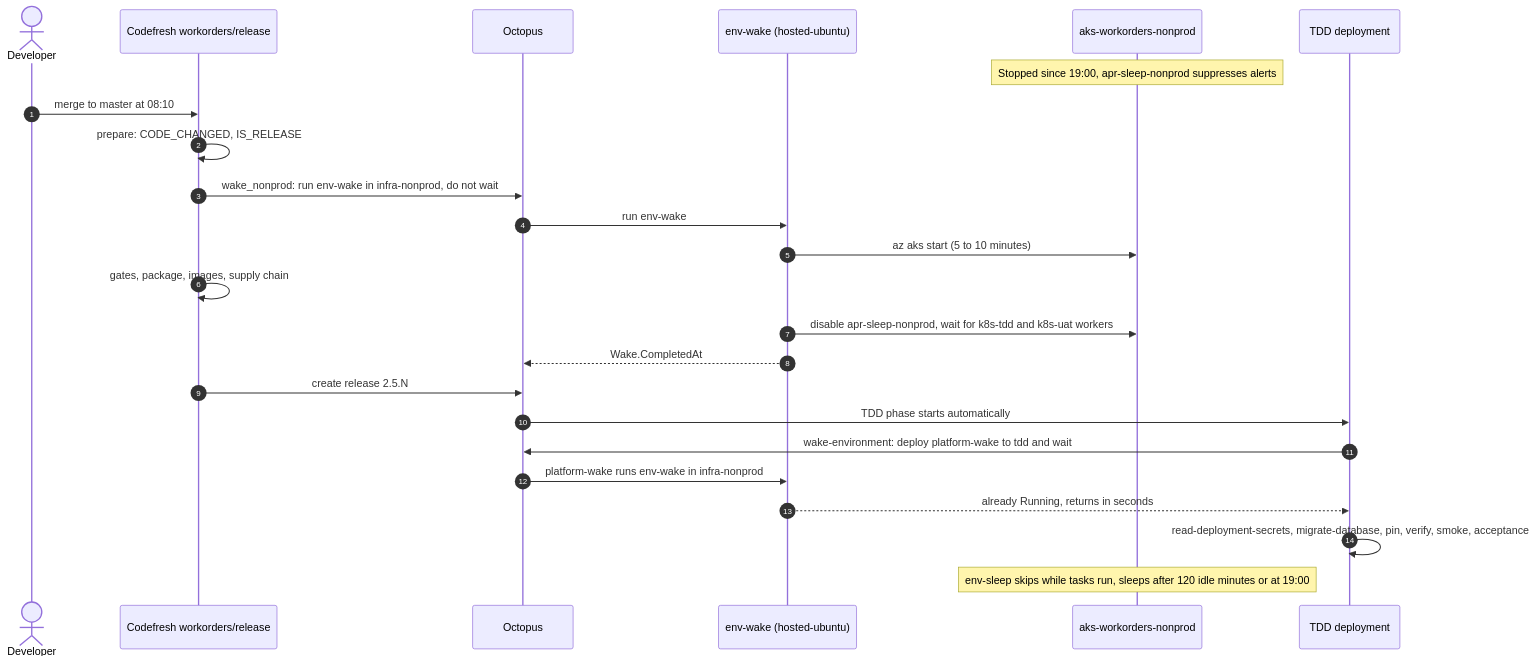
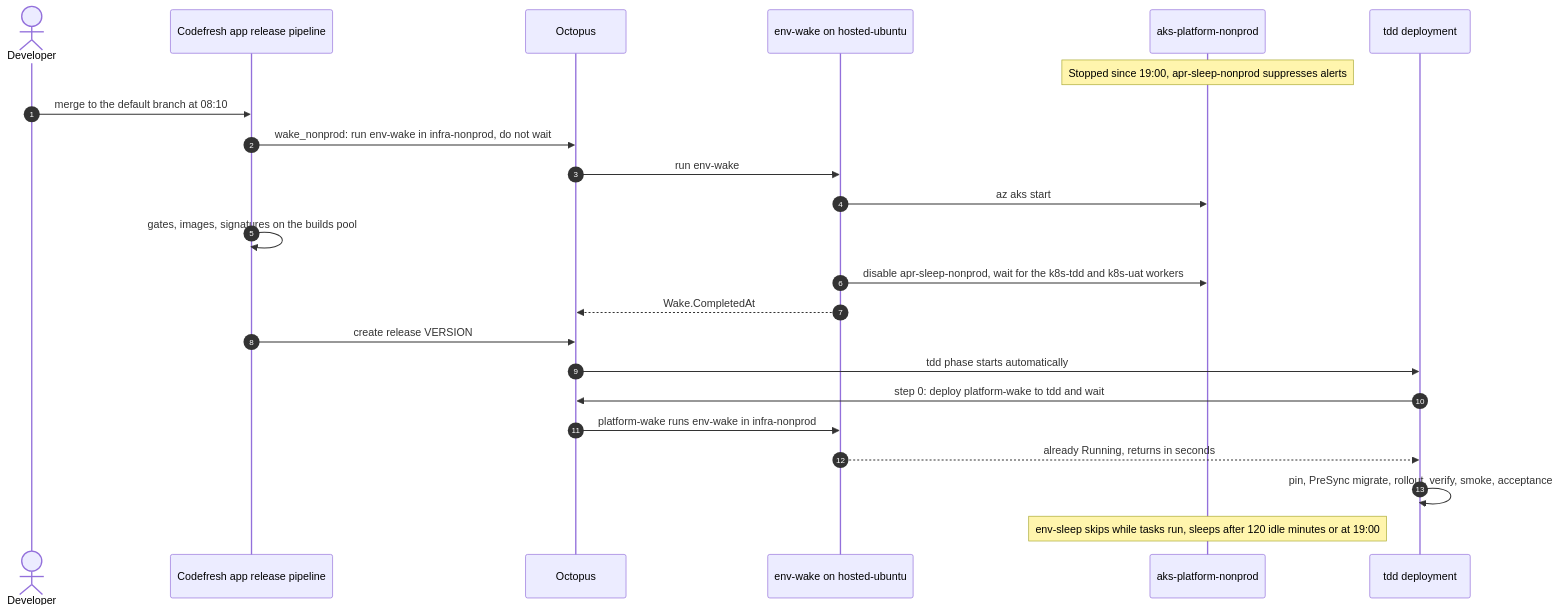
The diagram in docs/walkthroughs/06-sleep-and-wake.md (clearmeasure-aisf-sample-apps/basic-environment-octopus-codefresh), drawn with Mermaid before and after one commit. The commit also changed other lines of this file and 743 other files, not shown here.

First line of the commit message:
Implement ADR-IR34: multi-app platform, .NET conformance harness

````diff
--- a/docs/walkthroughs/06-sleep-and-wake.md
+++ b/docs/walkthroughs/06-sleep-and-wake.md
@@ -46,26 +49,25 @@
 ```mermaid
 sequenceDiagram
     autonumber
     actor Dev as Developer
-    participant CF as Codefresh workorders/release
+    participant CF as Codefresh app release pipeline
     participant OCT as Octopus
-    participant WAKE as env-wake (hosted-ubuntu)
-    participant AKS as aks-workorders-nonprod
-    participant TDD as TDD deployment
+    participant WAKE as env-wake on hosted-ubuntu
+    participant AKS as aks-platform-nonprod
+    participant TDD as tdd deployment
     Note over AKS: Stopped since 19:00, apr-sleep-nonprod suppresses alerts
-    Dev->>CF: merge to master at 08:10
-    CF->>CF: prepare: CODE_CHANGED, IS_RELEASE
+    Dev->>CF: merge to the default branch at 08:10
     CF->>OCT: wake_nonprod: run env-wake in infra-nonprod, do not wait
     OCT->>WAKE: run env-wake
-    WAKE->>AKS: az aks start (5 to 10 minutes)
-    CF->>CF: gates, package, images, supply chain
-    WAKE->>AKS: disable apr-sleep-nonprod, wait for k8s-tdd and k8s-uat workers
+    WAKE->>AKS: az aks start
+    CF->>CF: gates, images, signatures on the builds pool
+    WAKE->>AKS: disable apr-sleep-nonprod, wait for the k8s-tdd and k8s-uat workers
     WAKE-->>OCT: Wake.CompletedAt
-    CF->>OCT: create release 2.5.N
-    OCT->>TDD: TDD phase starts automatically
-    TDD->>OCT: wake-environment: deploy platform-wake to tdd and wait
+    CF->>OCT: create release VERSION
+    OCT->>TDD: tdd phase starts automatically
+    TDD->>OCT: step 0: deploy platform-wake to tdd and wait
     OCT->>WAKE: platform-wake runs env-wake in infra-nonprod
     WAKE-->>TDD: already Running, returns in seconds
-    TDD->>TDD: read-deployment-secrets, migrate-database, pin, verify, smoke, acceptance
+    TDD->>TDD: pin, PreSync migrate, rollout, verify, smoke, acceptance
     Note over AKS: env-sleep skips while tasks run, sleeps after 120 idle minutes or at 19:00
 ```
````
